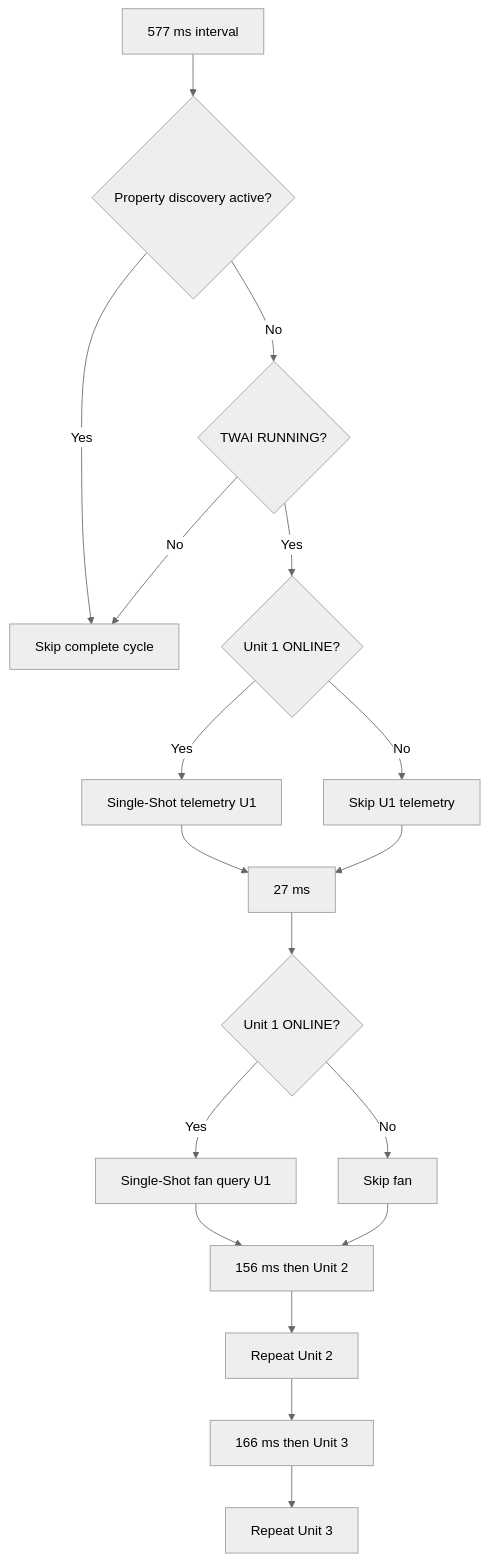
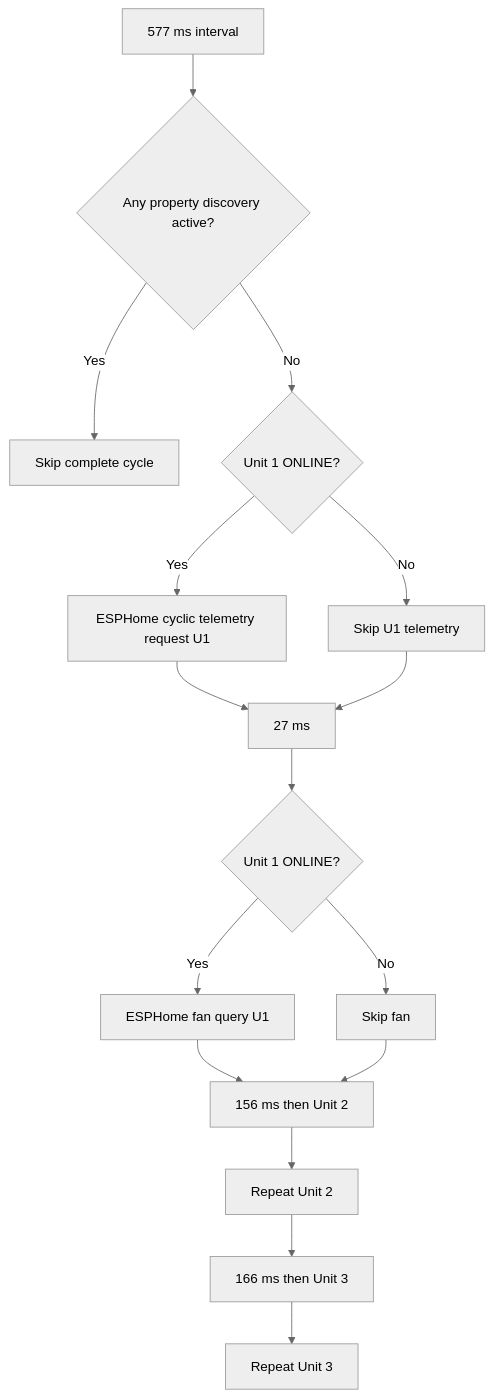
The fourth of 20 diagrams in R4875G1_CONTROL_FLOWS.md (anwa/esphome-r4875g1-3phase-charger), drawn with Mermaid (neutral theme) before and after one commit. The commit also changed other lines of this file, not shown here.

Commit message:
Align control flows with stable CAN baseline

````diff
--- a/R4875G1_CONTROL_FLOWS.md
+++ b/R4875G1_CONTROL_FLOWS.md
@@ -154,20 +155,18 @@
 ```mermaid
 flowchart TD
-    A[577 ms interval] --> B{Property discovery active?}
+    A[577 ms interval] --> B{Any property discovery active?}
     B -- Yes --> X[Skip complete cycle]
-    B -- No --> C{TWAI RUNNING?}
-    C -- No --> X
-    C -- Yes --> U1{Unit 1 ONLINE?}
-    U1 -- Yes --> Q1[Single-Shot telemetry U1]
+    B -- No --> U1{Unit 1 ONLINE?}
+    U1 -- Yes --> Q1[ESPHome cyclic telemetry request U1]
     U1 -- No --> S1[Skip U1 telemetry]
     Q1 --> W1[27 ms]
     S1 --> W1
     W1 --> F1{Unit 1 ONLINE?}
-    F1 -- Yes --> FAN1[Single-Shot fan query U1]
+    F1 -- Yes --> FAN1[ESPHome fan query U1]
     F1 -- No --> SF1[Skip fan]
     FAN1 --> G2[156 ms then Unit 2]
     SF1 --> G2
     G2 --> U2[Repeat Unit 2]
     U2 --> G3[166 ms then Unit 3]
     G3 --> U3[Repeat Unit 3]
 ```
````
